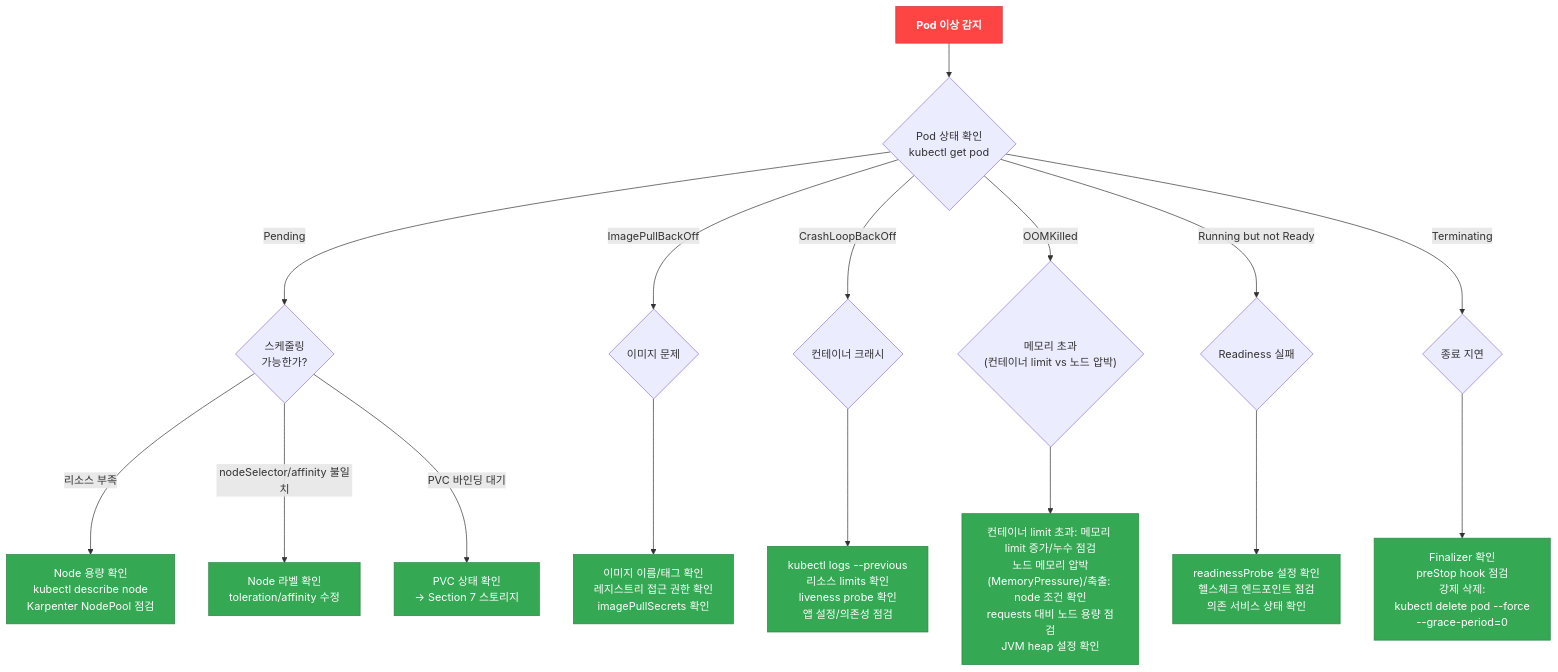
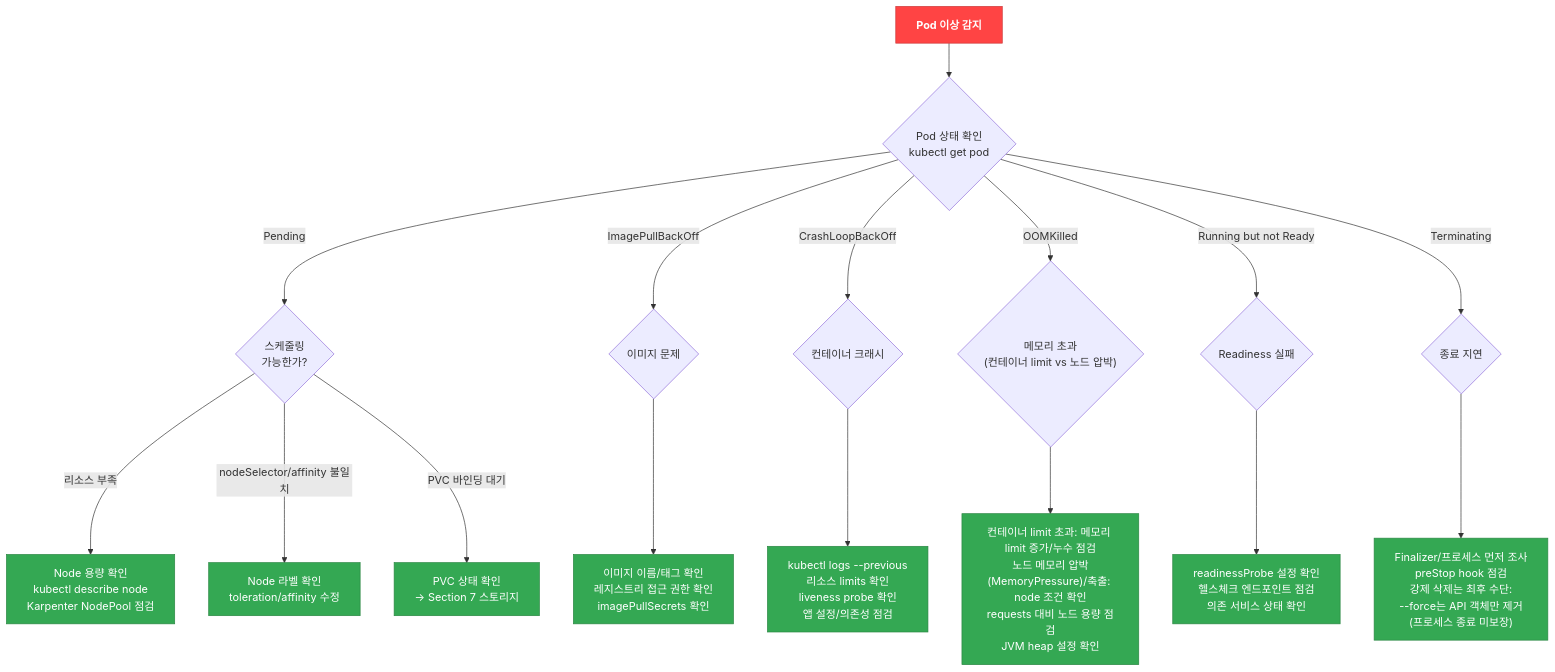
The first of 3 diagrams in i18n/ko/docusaurus-plugin-content-docs/current/eks-best-practices/operations-reliability/eks-debugging/workload.md (devfloor9/engineering-playbook), drawn with Mermaid before and after one commit. The commit also changed other lines of this file and 5 other files, not shown here.

````diff
--- a/i18n/ko/docusaurus-plugin-content-docs/current/eks-best-practices/operations-reliability/eks-debugging/workload.md
+++ b/i18n/ko/docusaurus-plugin-content-docs/current/eks-best-practices/operations-reliability/eks-debugging/workload.md
@@ -24,55 +24,55 @@
 ```mermaid
 flowchart TD
     START["`**Pod 이상 감지**`"] --> STATUS{"`Pod 상태 확인
     kubectl get pod`"}
 
     STATUS -->|Pending| PENDING{"`스케줄링
     가능한가?`"}
     PENDING -->|리소스 부족| PEND_RES["`Node 용량 확인
     kubectl describe node
     Karpenter NodePool 점검`"]
     PENDING -->|nodeSelector/affinity 불일치| PEND_LABEL["`Node 라벨 확인
     toleration/affinity 수정`"]
     PENDING -->|PVC 바인딩 대기| PEND_PVC["`PVC 상태 확인
     → Section 7 스토리지`"]
 
     STATUS -->|ImagePullBackOff| IMG{"`이미지 문제`"}
     IMG --> IMG_FIX["`이미지 이름/태그 확인
     레지스트리 접근 권한 확인
     imagePullSecrets 확인`"]
 
     STATUS -->|CrashLoopBackOff| CRASH{"`컨테이너 크래시`"}
     CRASH --> CRASH_FIX["`kubectl logs --previous
     리소스 limits 확인
     liveness probe 확인
     앱 설정/의존성 점검`"]
 
     STATUS -->|OOMKilled| OOM{"`메모리 초과
     (컨테이너 limit vs 노드 압박)`"}
     OOM --> OOM_FIX["`컨테이너 limit 초과: 메모리 limit 증가/누수 점검
     노드 메모리 압박(MemoryPressure)/축출: node 조건 확인
     requests 대비 노드 용량 점검
     JVM heap 설정 확인`"]
 
     STATUS -->|Running but not Ready| READY{"`Readiness 실패`"}
     READY --> READY_FIX["`readinessProbe 설정 확인
     헬스체크 엔드포인트 점검
     의존 서비스 상태 확인`"]
 
     STATUS -->|Terminating| TERM{"`종료 지연`"}
-    TERM --> TERM_FIX["`Finalizer 확인
+    TERM --> TERM_FIX["`Finalizer/프로세스 먼저 조사
     preStop hook 점검
-    강제 삭제:
-    kubectl delete pod --force
-    --grace-period=0`"]
+    강제 삭제는 최후 수단:
+    --force는 API 객체만 제거
+    (프로세스 종료 미보장)`"]
 
     style START fill:#ff4444,stroke:#cc3636,color:#fff
     style PEND_RES fill:#34a853,stroke:#2a8642,color:#fff
     style PEND_LABEL fill:#34a853,stroke:#2a8642,color:#fff
     style PEND_PVC fill:#34a853,stroke:#2a8642,color:#fff
     style IMG_FIX fill:#34a853,stroke:#2a8642,color:#fff
     style CRASH_FIX fill:#34a853,stroke:#2a8642,color:#fff
     style OOM_FIX fill:#34a853,stroke:#2a8642,color:#fff
     style READY_FIX fill:#34a853,stroke:#2a8642,color:#fff
     style TERM_FIX fill:#34a853,stroke:#2a8642,color:#fff
 ```
````
